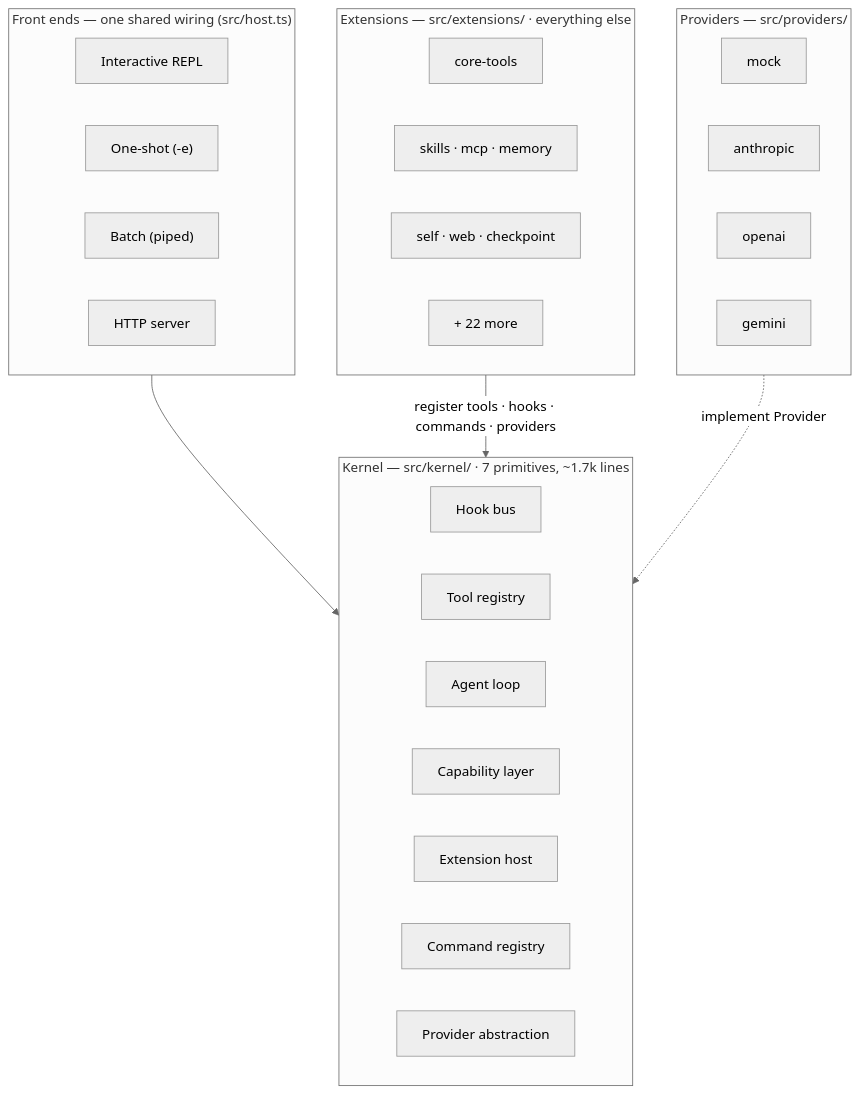
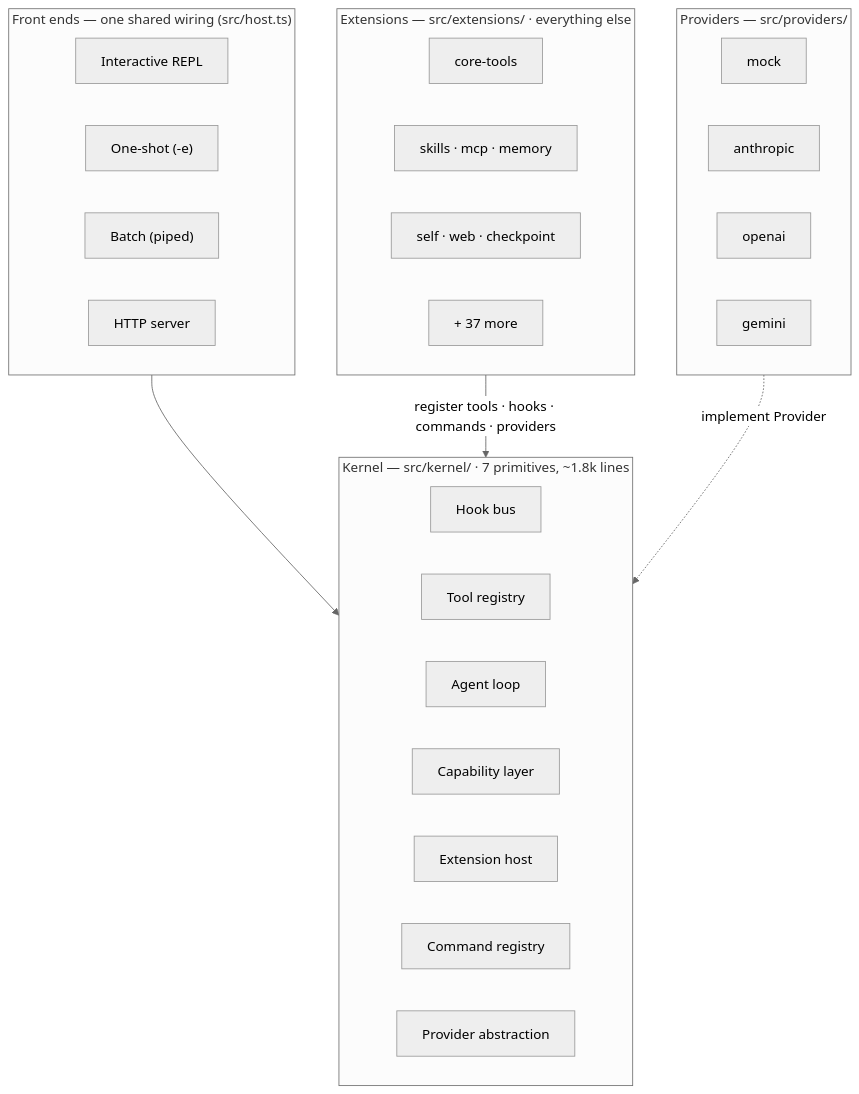
One commit to caohaotiantian/EAgent changed the first of 5 diagrams in README.md. Above: the diagram before and after it, drawn with Mermaid (neutral theme). The commit also changed other lines of this file and 4 other files, not shown here.

````diff
--- a/README.md
+++ b/README.md
@@ -16,41 +16,41 @@
 ```mermaid
 flowchart TB
     subgraph FE["Front ends — one shared wiring (src/host.ts)"]
         direction LR
         REPL["Interactive REPL"]
         ONE["One-shot (-e)"]
         BATCH["Batch (piped)"]
         HTTP["HTTP server"]
     end
 
-    subgraph KERNEL["Kernel — src/kernel/ · 7 primitives, ~1.7k lines"]
+    subgraph KERNEL["Kernel — src/kernel/ · 7 primitives, ~1.8k lines"]
         direction LR
         HOOKS["Hook bus"]
         REG["Tool registry"]
         LOOP["Agent loop"]
         CAPS["Capability layer"]
         EXT["Extension host"]
         CMD["Command registry"]
         PROV["Provider abstraction"]
     end
 
     subgraph EXTS["Extensions — src/extensions/ · everything else"]
         direction LR
         X1["core-tools"]
         X2["skills · mcp · memory"]
         X3["self · web · checkpoint"]
-        X4["+ 22 more"]
+        X4["+ 37 more"]
     end
 
     subgraph PROVIDERS["Providers — src/providers/"]
         direction LR
         PM["mock"]
         PA["anthropic"]
         PO["openai"]
         PG["gemini"]
     end
 
     FE --> KERNEL
     EXTS -->|"register tools · hooks · commands · providers"| KERNEL
     PROVIDERS -.->|"implement Provider"| PROV
 ```
````
